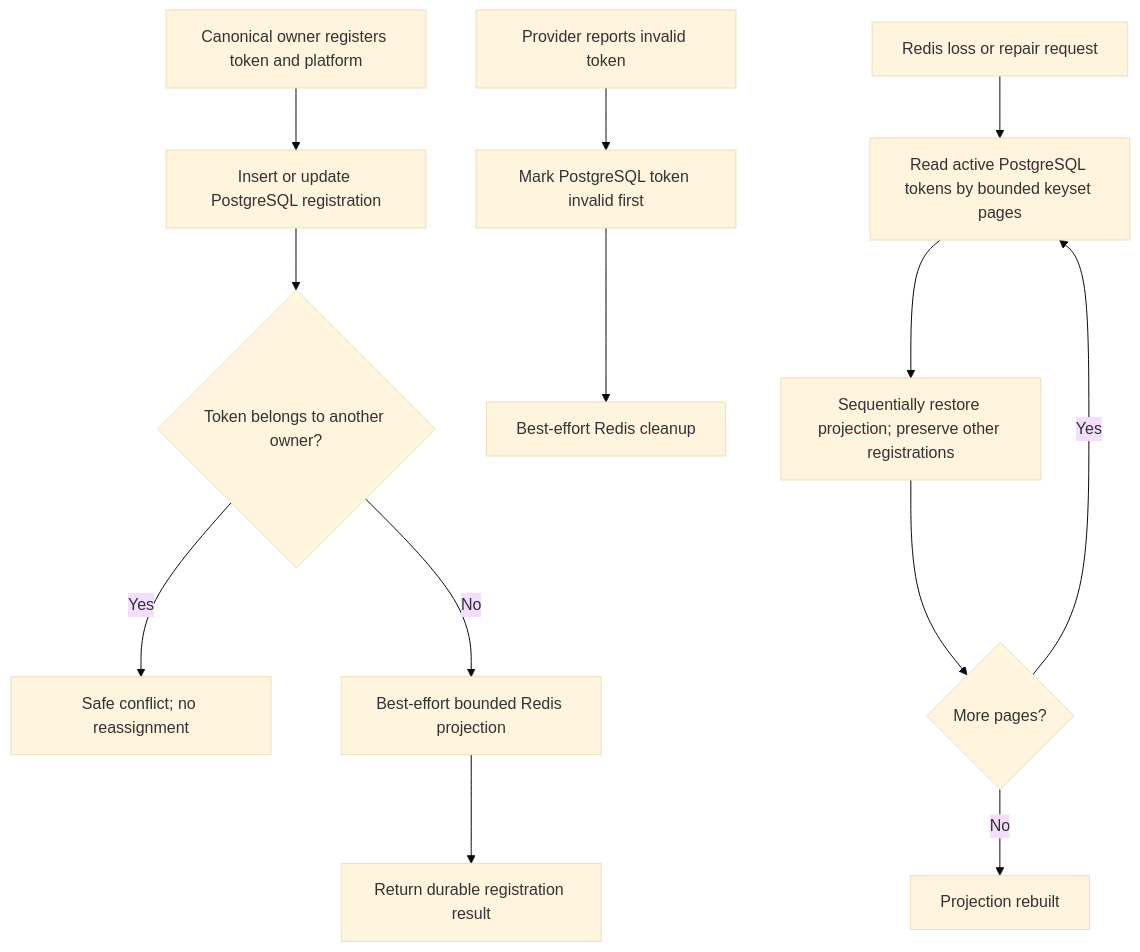
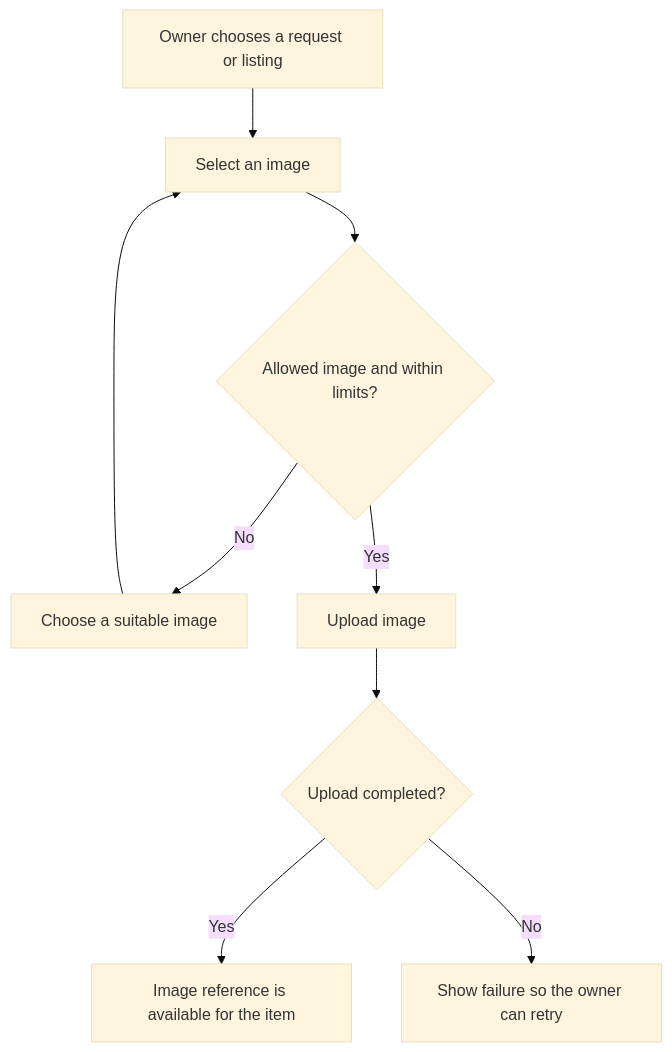
Before and after one commit to younessFathi/auto-parto: the eighth of 12 diagrams in docs/workflows.md, drawn with Mermaid (base theme). The commit also changed other lines of this file and 2 other files, not shown here.

````diff
--- a/docs/workflows.md
+++ b/docs/workflows.md
@@ -386,15 +174,11 @@
 ```mermaid
 flowchart TD
-    REGISTER["Canonical owner registers token and platform"] --> PG["Insert or update PostgreSQL registration"]
-    PG --> OWNER{"Token belongs to another owner?"}
-    OWNER -->|Yes| CONFLICT["Safe conflict; no reassignment"]
-    OWNER -->|No| PROJECT["Best-effort bounded Redis projection"]
-    PROJECT --> RETURN["Return durable registration result"]
-    INVALID["Provider reports invalid token"] --> MARK["Mark PostgreSQL token invalid first"]
-    MARK --> REMOVE["Best-effort Redis cleanup"]
-    LOSS["Redis loss or repair request"] --> PAGE["Read active PostgreSQL tokens by bounded keyset pages"]
-    PAGE --> REBUILD["Sequentially restore projection; preserve other registrations"]
-    REBUILD --> MORE{"More pages?"}
-    MORE -->|Yes| PAGE
-    MORE -->|No| DONE["Projection rebuilt"]
+    A["Owner chooses a request or listing"] --> B["Select an image"]
+    B --> C{"Allowed image and within limits?"}
+    C -->|No| D["Choose a suitable image"]
+    D --> B
+    C -->|Yes| E["Upload image"]
+    E --> F{"Upload completed?"}
+    F -->|Yes| G["Image reference is available for the item"]
+    F -->|No| H["Show failure so the owner can retry"]
 ```
````
